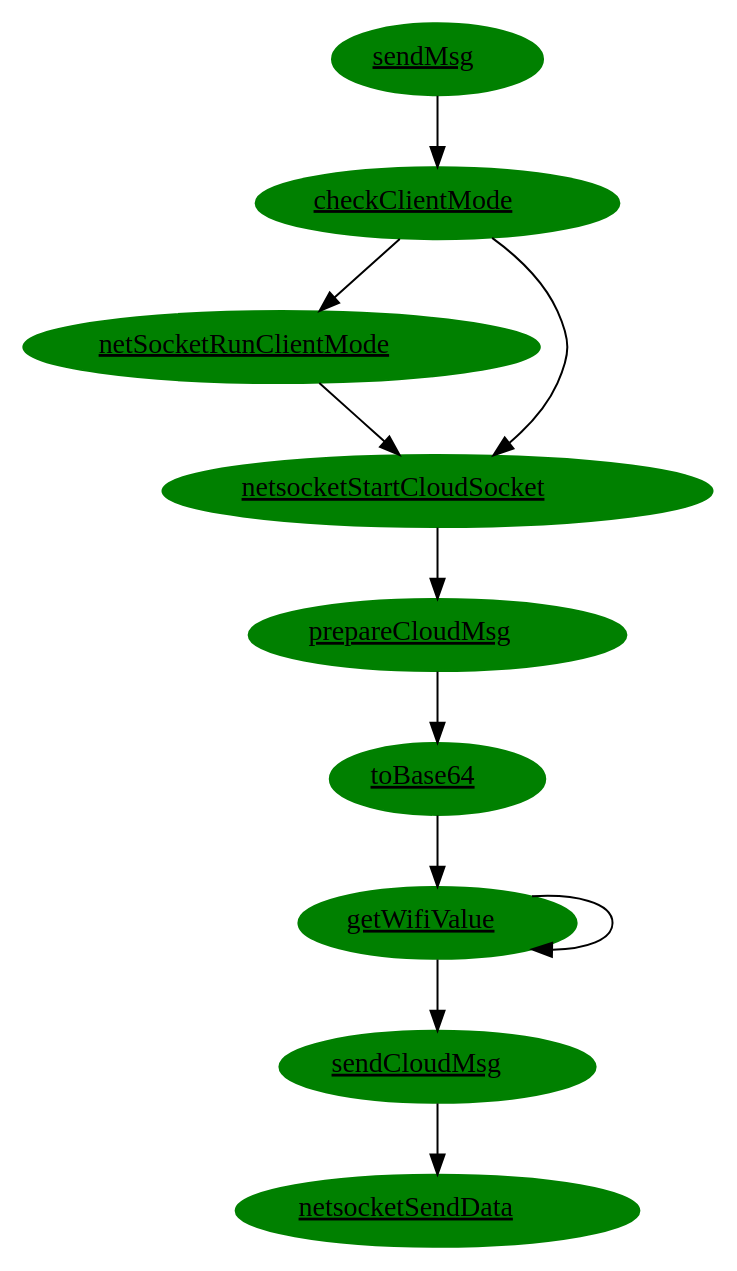
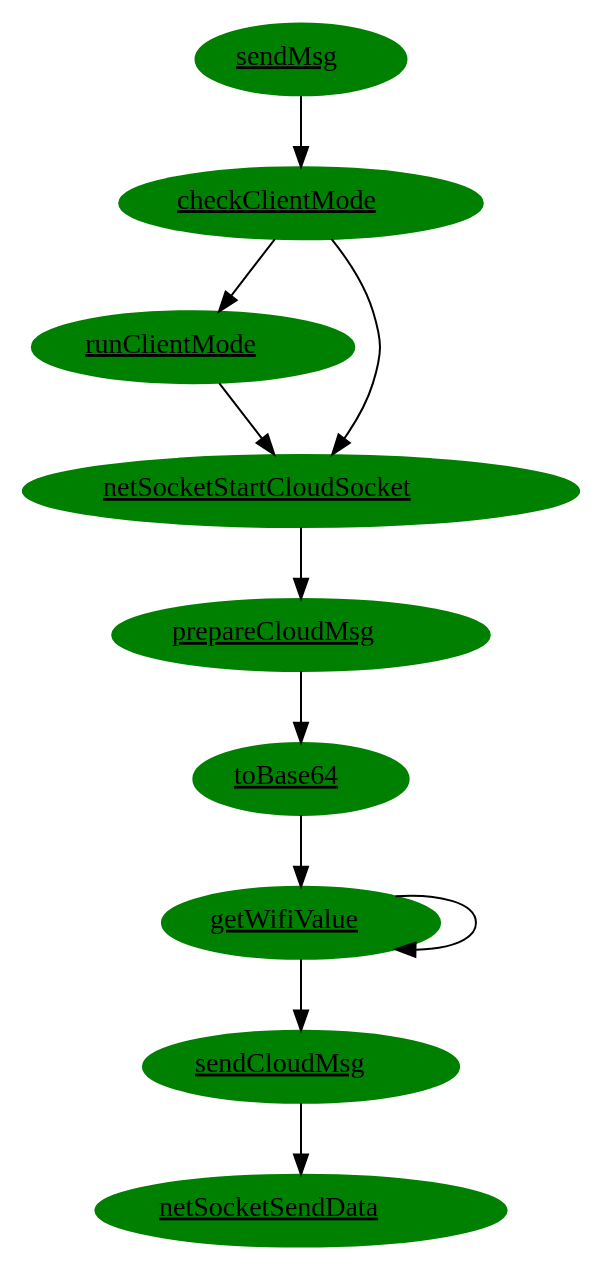
One commit to apwiede/nodemcu changed the diagram in dot_files/grp_sendCloudMsg.dot. Above: the diagram before and after it, drawn with Graphviz. The commit also changed 2 other files, not shown here.

```diff
--- a/dot_files/grp_sendCloudMsg.dot
+++ b/dot_files/grp_sendCloudMsg.dot
@@ -1,22 +1,22 @@
 digraph G26 {
   sendMsg[style="filled", color="green", label=<<u>sendMsg</u>> URL="\ref sendMsg"];
   checkClientMode[style="filled", color="green", label=<<u>checkClientMode</u>> URL="\ref checkClientMode"];
-  netsocketRunClientMode[style="filled", color="green", label=<<u>netSocketRunClientMode</u>> URL="\ref netsocketRunClientMode"];
-  netsocketStartCloudSocket[style="filled", color="green", label=<<u>netsocketStartCloudSocket</u>> URL="\ref netsocketStartCloudSocket"];
+  runClientMode[style="filled", color="green", label=<<u>runClientMode</u>> URL="\ref runClientMode"];
+  netSocketStartCloudSocket[style="filled", color="green", label=<<u>netSocketStartCloudSocket</u>> URL="\ref netSocketStartCloudSocket"];
   prepareCloudMsg[style="filled", color="green", label=<<u>prepareCloudMsg</u>> URL="\ref prepareCloudMsg"];
   sendCloudMsg[style="filled", color="green", label=<<u>sendCloudMsg</u>> URL="\ref sendCloudMsg"];
   toBase64[style="filled", color="green", label=<<u>toBase64</u>> URL="\ref toBase64"];
   sendMsg -> checkClientMode;
-  checkClientMode ->netsocketRunClientMode;
-  netsocketRunClientMode -> netsocketStartCloudSocket;
-  netsocketStartCloudSocket -> prepareCloudMsg;
-  checkClientMode ->netsocketStartCloudSocket;
+  checkClientMode -> runClientMode;
+  runClientMode -> netSocketStartCloudSocket;
+  netSocketStartCloudSocket -> prepareCloudMsg;
+  checkClientMode ->netSocketStartCloudSocket;
   prepareCloudMsg -> toBase64;
   getWifiValue[style="filled", color="green", label=<<u>getWifiValue</u>> URL="\ref getWifiValue"];
   toBase64 -> getWifiValue;
   getWifiValue -> getWifiValue;
-  netsocketSendData[style="filled", color="green", label=<<u>netsocketSendData</u>> URL="\ref netsocketSendData"];
+  netSocketSendData[style="filled", color="green", label=<<u>netSocketSendData</u>> URL="\ref netSocketSendData"];
   sendCloudMsg[style="filled", color="green", label=<<u>sendCloudMsg</u>> URL="\ref sendCloudMsg"];
   getWifiValue -> sendCloudMsg;
-  sendCloudMsg -> netsocketSendData;
+  sendCloudMsg -> netSocketSendData;
 }
```
